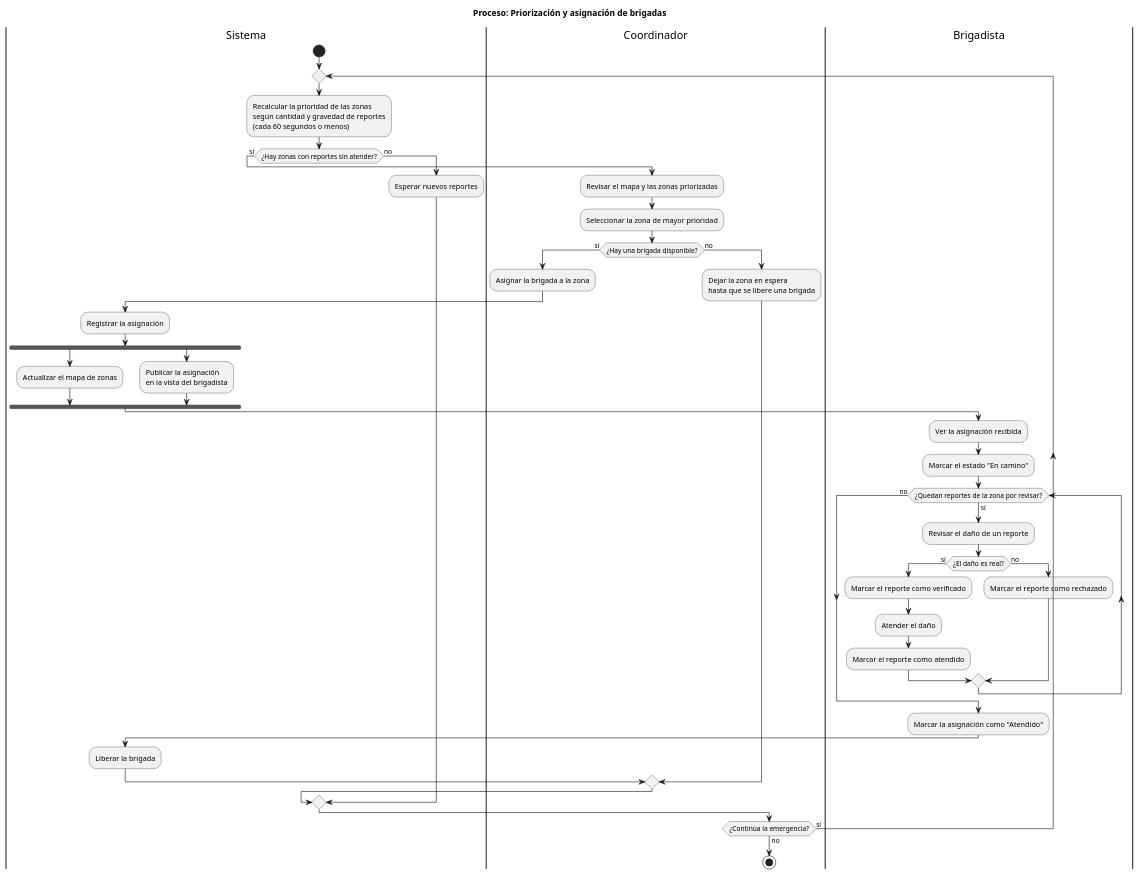
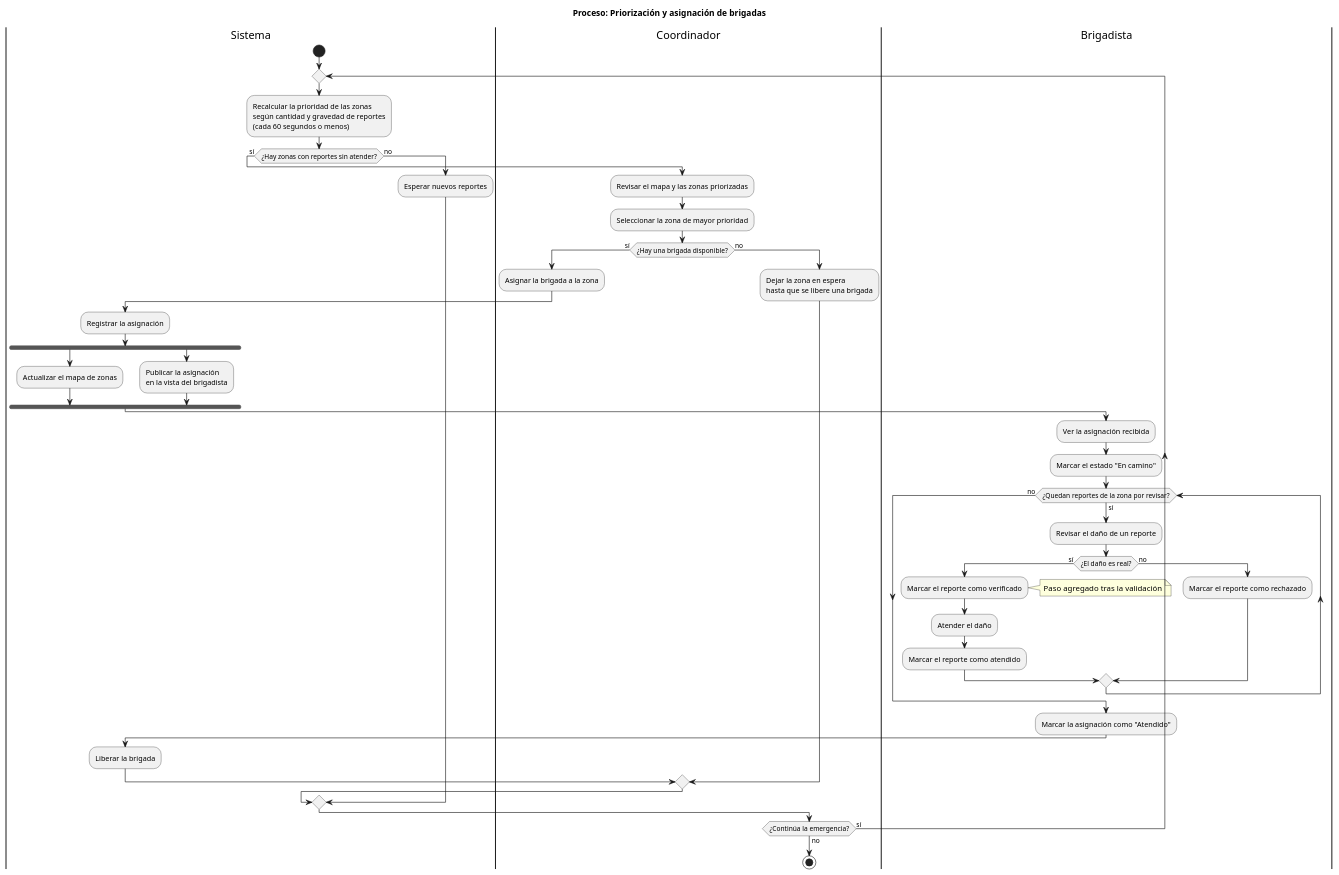
The diagram in docs/design/actividades-brigada.puml (DavidOliva06/cs-2026b-lab04-grupo06), drawn with PlantUML before and after one commit. The commit also changed 13 other files, not shown here.

First line of the commit message:
Lab 05: correcciones tras la revisión del informe

```diff
--- a/docs/design/actividades-brigada.puml
+++ b/docs/design/actividades-brigada.puml
@@ -1,58 +1,62 @@
 @startuml
 title Proceso: Priorización y asignación de brigadas
+
+' Cambio tras la validación con un compañero del curso: cada reporte pasa por
+' "verificado" antes de "atendido", como exige el diagrama de estados.
 
 |Sistema|
 start
 
 repeat
   :Recalcular la prioridad de las zonas\nsegún cantidad y gravedad de reportes\n(cada 60 segundos o menos);
 
   if (¿Hay zonas con reportes sin atender?) then (sí)
     |Coordinador|
     :Revisar el mapa y las zonas priorizadas;
     :Seleccionar la zona de mayor prioridad;
 
     if (¿Hay una brigada disponible?) then (sí)
       :Asignar la brigada a la zona;
 
       |Sistema|
       :Registrar la asignación;
       fork
         :Actualizar el mapa de zonas;
       fork again
         :Publicar la asignación\nen la vista del brigadista;
       end fork
 
       |Brigadista|
       :Ver la asignación recibida;
       :Marcar el estado "En camino";
 
       while (¿Quedan reportes de la zona por revisar?) is (sí)
         :Revisar el daño de un reporte;
         if (¿El daño es real?) then (sí)
           :Marcar el reporte como verificado;
+          note right: Paso agregado tras la validación
           :Atender el daño;
           :Marcar el reporte como atendido;
         else (no)
           :Marcar el reporte como rechazado;
         endif
       endwhile (no)
 
       :Marcar la asignación como "Atendido";
 
       |Sistema|
       :Liberar la brigada;
     else (no)
       |Coordinador|
       :Dejar la zona en espera\nhasta que se libere una brigada;
     endif
   else (no)
     |Sistema|
     :Esperar nuevos reportes;
   endif
 
   |Coordinador|
 repeat while (¿Continúa la emergencia?) is (sí) not (no)
 
 stop
 @enduml
```
